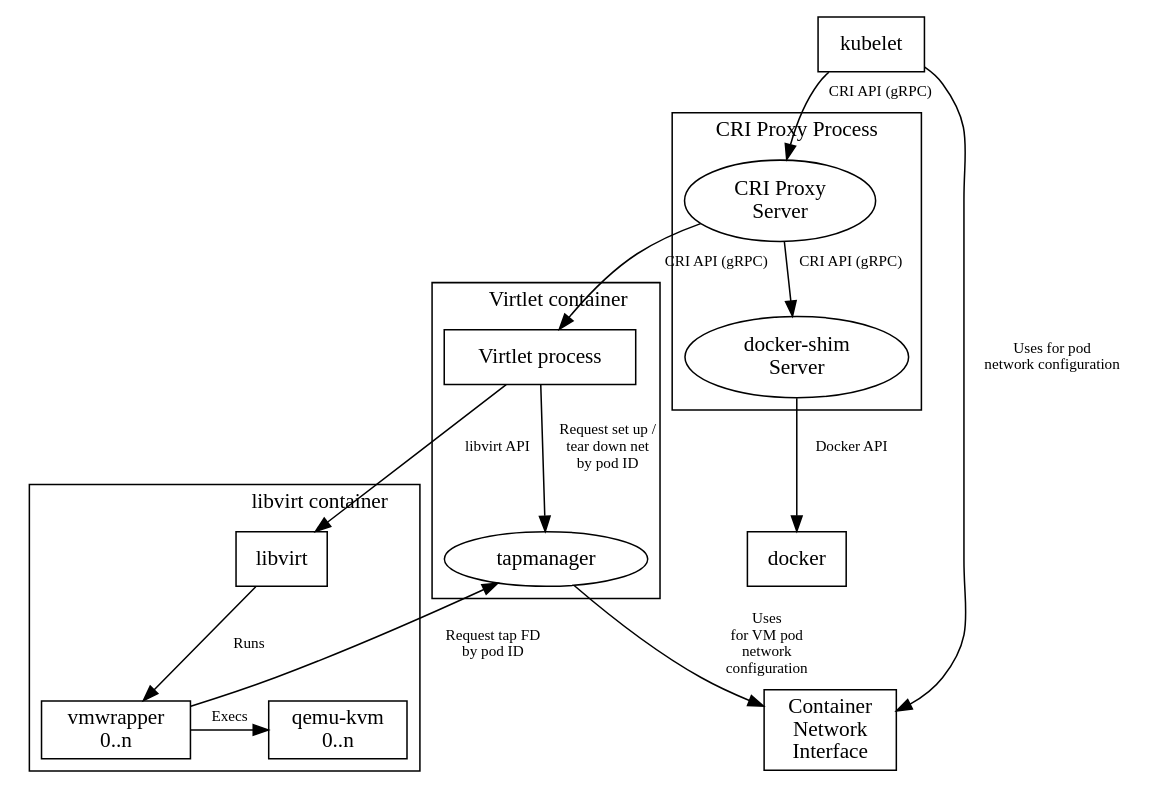
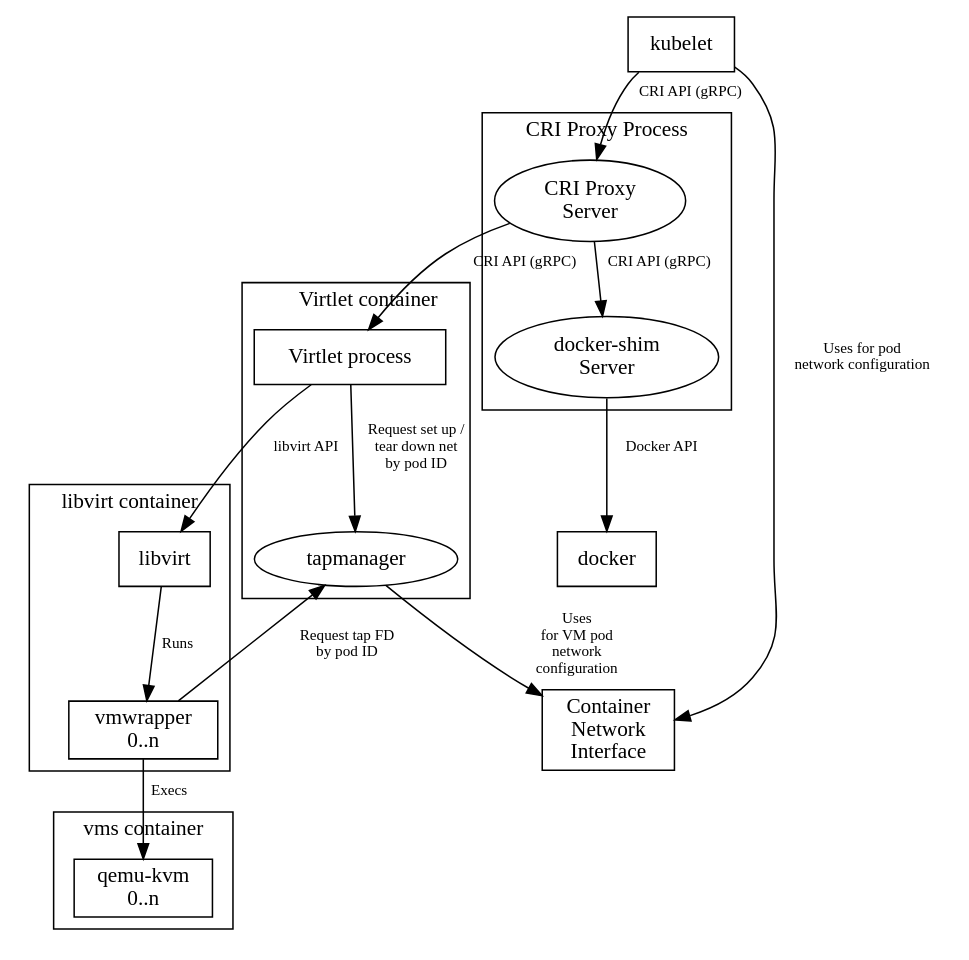
Before and after one commit to Mirantis/virtlet: the diagram in docs/virtlet.dot, drawn with Graphviz. The commit also changed 1 other file, not shown here.

Commit message:
Fix virtlet architecture diagram [ci skip]

```diff
--- a/docs/virtlet.dot
+++ b/docs/virtlet.dot
@@ -1,40 +1,44 @@
 digraph criproxy {
         compound=true;
         edge [fontsize=10];
         ranksep=0.0001;
 
         subgraph cluster_0 {
                 color=black;
                 label="CRI Proxy Process";
                 criproxy [label="CRI Proxy\nServer"];
                 docker_shim [label="docker-shim\nServer"];
                 criproxy -> docker_shim [label=" CRI API (gRPC)  "];
         }
         cni [shape=rectangle, label="Container\nNetwork\nInterface"];
         subgraph cluster_1 {
                 label="Virtlet container";
                 labeljust="r";
                 virtlet [label=" Virtlet process",shape=rectangle];
                 virtlet -> tapmanager [label="Request set up /\n tear down net\nby pod ID"];
         }
         subgraph cluster_2 {
                 label="libvirt container";
                 labeljust="r";
                 libvirt [shape=rectangle];
                 vmwrapper [shape=rectangle, label="vmwrapper\n0..n"];
-                qemu_kvm [shape=rectangle, label="qemu-kvm\n0..n"];
                 libvirt -> vmwrapper [label="Runs"];
-                vmwrapper -> qemu_kvm [label=" Execs", shape=rectangle];
                 vmwrapper -> tapmanager [label="Request tap FD\nby pod ID"];
                 virtlet -> libvirt [label="libvirt API"];
-                {rank=same vmwrapper qemu_kvm}
+                // {rank=same vmwrapper qemu_kvm}
+        }
+        subgraph cluster_3 {
+                label="vms container";
+                labeljust="r";
+                qemu_kvm [shape=rectangle, label="qemu-kvm\n0..n"];
+                vmwrapper -> qemu_kvm [label=" Execs", shape=rectangle];
         }
         kubelet [shape=rectangle];
         docker [shape=rectangle];
         tapmanager -> cni [label=" Uses                             \nfor VM pod                             \nnetwork                             \n configuration                             "];
         kubelet -> cni [label=" Uses for pod\n network configuration"];
         kubelet -> criproxy [label=" CRI API (gRPC)"];
         criproxy -> virtlet [label="     CRI API (gRPC)"];
         docker_shim -> docker [label="   Docker API"];
         //docker -> vmwrapper [label=" Manages", lhead=cluster_1];
 }
```
